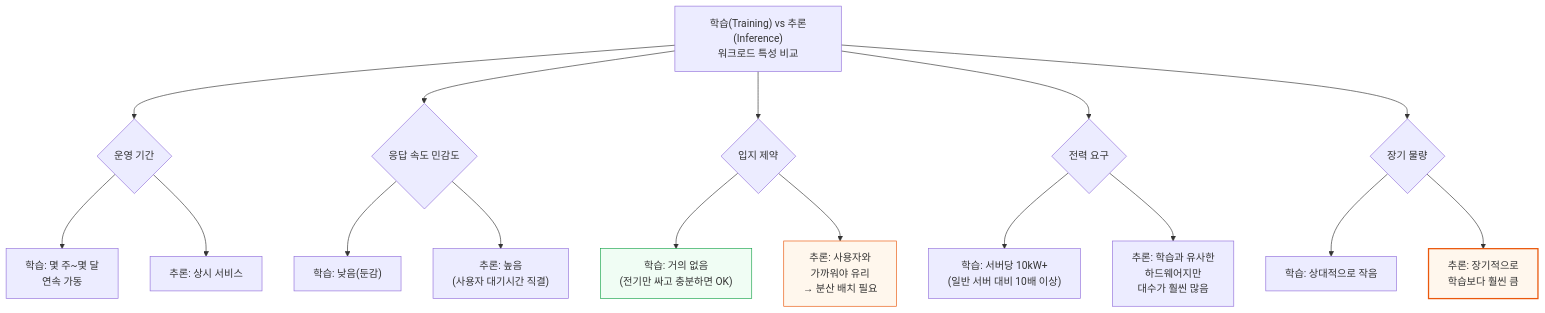
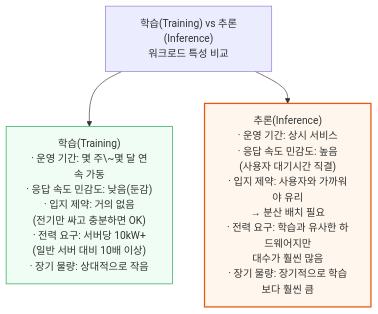
Before and after one commit to yohan4477/semi-report: the fifth of 32 diagrams in 원본 해석/[240314] AI 데이터센터 에너지 딜레마 - AI 데이터센터 공간 확보 경쟁.md, drawn with Mermaid. The commit also changed other lines of this file and 2 other files, not shown here.

First line of the commit message:
Fix diagram width violations (v14.0) in Part1/doc1/doc3

````diff
--- a/원본 해석/[240314] AI 데이터센터 에너지 딜레마 - AI 데이터센터 공간 확보 경쟁.md
+++ b/원본 해석/[240314] AI 데이터센터 에너지 딜레마 - AI 데이터센터 공간 확보 경쟁.md
@@ -202,26 +202,8 @@
 ```mermaid
 flowchart TD
-    Compare["학습(Training) vs 추론(Inference)<br/>워크로드 특성 비교"] --> Duration{"운영 기간"}
-    Duration --> TrainDur["학습: 몇 주~몇 달<br/>연속 가동"]
-    Duration --> InferDur["추론: 상시 서비스"]
+    Compare["학습(Training) vs 추론(Inference)<br/>워크로드 특성 비교"] --> Train["학습(Training)<br/>· 운영 기간: 몇 주\~몇 달 연속 가동<br/>· 응답 속도 민감도: 낮음(둔감)<br/>· 입지 제약: 거의 없음<br/>(전기만 싸고 충분하면 OK)<br/>· 전력 요구: 서버당 10kW+<br/>(일반 서버 대비 10배 이상)<br/>· 장기 물량: 상대적으로 작음"]
+    Compare --> Infer["추론(Inference)<br/>· 운영 기간: 상시 서비스<br/>· 응답 속도 민감도: 높음<br/>(사용자 대기시간 직결)<br/>· 입지 제약: 사용자와 가까워야 유리<br/>→ 분산 배치 필요<br/>· 전력 요구: 학습과 유사한 하드웨어지만<br/>대수가 훨씬 많음<br/>· 장기 물량: 장기적으로 학습보다 훨씬 큼"]
 
-    Compare --> Latency{"응답 속도 민감도"}
-    Latency --> TrainLat["학습: 낮음(둔감)"]
-    Latency --> InferLat["추론: 높음<br/>(사용자 대기시간 직결)"]
-
-    Compare --> Location{"입지 제약"}
-    Location --> TrainLoc["학습: 거의 없음<br/>(전기만 싸고 충분하면 OK)"]
-    Location --> InferLoc["추론: 사용자와<br/>가까워야 유리<br/>→ 분산 배치 필요"]
-
-    Compare --> PowerReq{"전력 요구"}
-    PowerReq --> TrainPower["학습: 서버당 10kW+<br/>(일반 서버 대비 10배 이상)"]
-    PowerReq --> InferPower["추론: 학습과 유사한<br/>하드웨어지만<br/>대수가 훨씬 많음"]
-
-    Compare --> Volume{"장기 물량"}
-    Volume --> TrainVol["학습: 상대적으로 작음"]
-    Volume --> InferVol["추론: 장기적으로<br/>학습보다 훨씬 큼"]
-
-    style TrainLoc fill:#f0fdf4,stroke:#16a34a
-    style InferLoc fill:#fff7ed,stroke:#ea580c
-    style InferVol fill:#fff7ed,stroke:#ea580c,stroke-width:2px
+    style Train fill:#f0fdf4,stroke:#16a34a
+    style Infer fill:#fff7ed,stroke:#ea580c,stroke-width:2px
 ```
````
